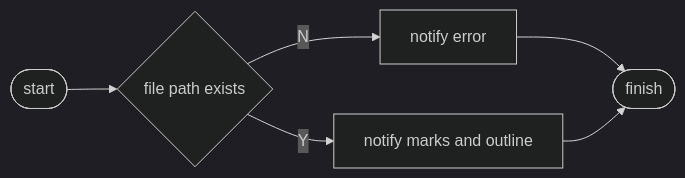
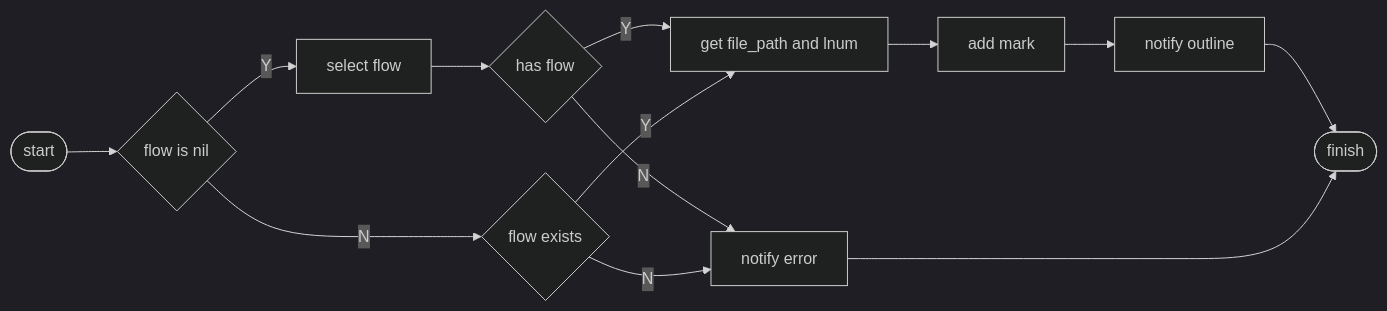
One commit to niuiic/track.nvim changed the second of 17 diagrams in DESIGN.md. Above: the diagram before and after it, drawn with Mermaid (dark theme). The commit also changed other lines of this file and 5 other files, not shown here.

````diff
--- a/DESIGN.md
+++ b/DESIGN.md
@@ -59,12 +64,27 @@
 ```mermaid
 flowchart LR
     start([start]) --> n1
 
-    n1{file path exists}
+    n1{flow is nil}
     n1 --Y--> n2
-    n1 --N--> error[notify error] --> finish
+    n1 --N--> n3
 
-    n2[notify marks and outline] --> finish
+    n2[select flow] --> n7
 
+    n7{has flow}
+    n7 --Y--> n4
+    n7 --N--> error
+
+    n4[get file_path and lnum] --> n5
+
+    n5[add mark] --> n6
+
+    n6[notify outline] --> finish
+
+    n3{flow exists}
+    n3 --Y--> n4
+    n3 --N--> error
+
+    error[notify error] --> finish
     finish([finish])
 ```
````
